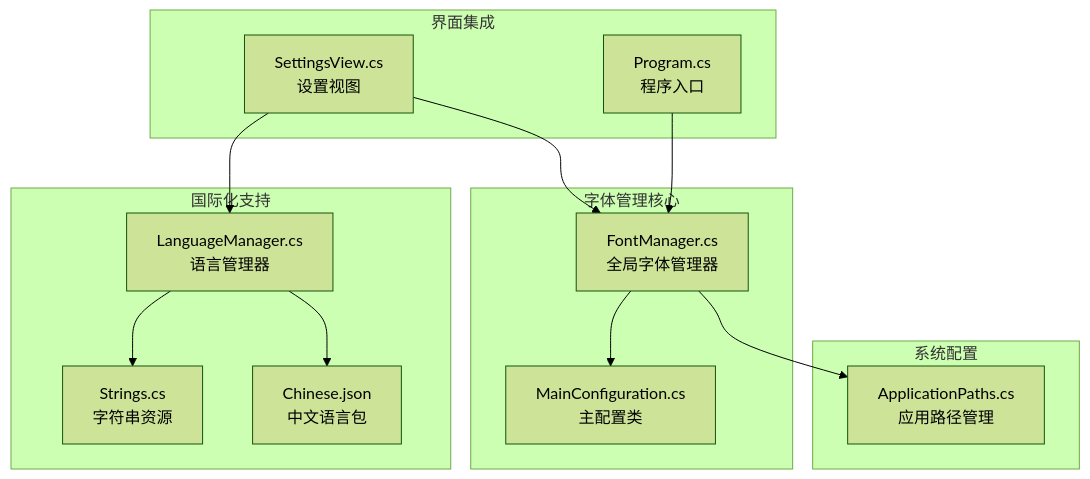
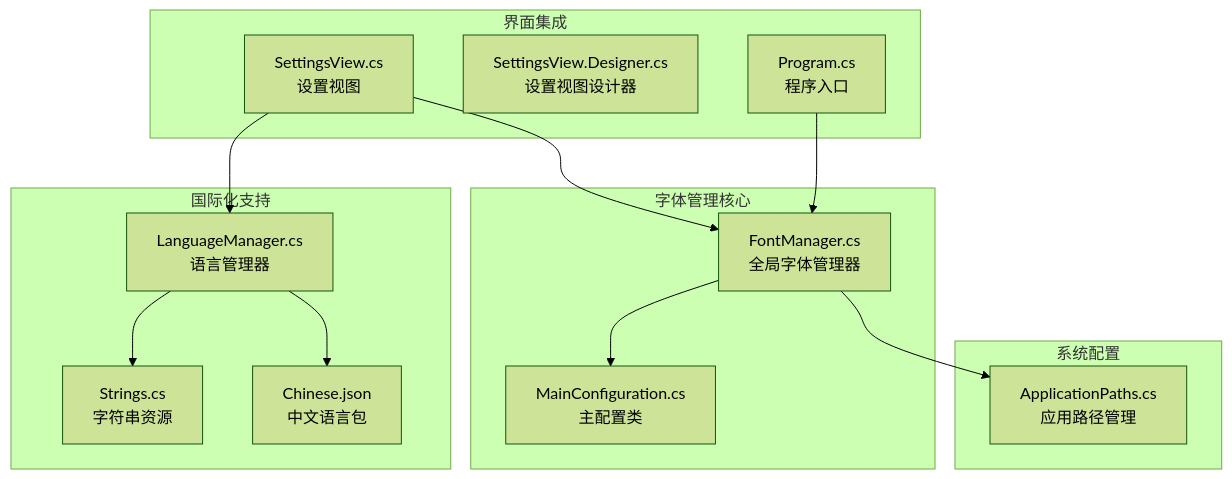
Before and after one commit to tea4go/Macro-Deck: the first of 8 diagrams in .qoder/repowiki/zh/content/工具类库/字体管理系统.md, drawn with Mermaid (forest theme). The commit also changed other lines of this file and 3 other files, not shown here.

````diff
--- a/.qoder/repowiki/zh/content/工具类库/字体管理系统.md
+++ b/.qoder/repowiki/zh/content/工具类库/字体管理系统.md
@@ -46,26 +46,27 @@
 ```mermaid
 graph TB
 subgraph "字体管理核心"
 FM[FontManager.cs<br/>全局字体管理器]
 MC[MainConfiguration.cs<br/>主配置类]
 end
 subgraph "界面集成"
 SV[SettingsView.cs<br/>设置视图]
+SD[SettingsView.Designer.cs<br/>设置视图设计器]
 PR[Program.cs<br/>程序入口]
 end
 subgraph "国际化支持"
 LM[LanguageManager.cs<br/>语言管理器]
 STR[Strings.cs<br/>字符串资源]
 CJ[Chinese.json<br/>中文语言包]
 end
 subgraph "系统配置"
 AP[ApplicationPaths.cs<br/>应用路径管理]
 end
 FM --> MC
 SV --> FM
 PR --> FM
 LM --> STR
 LM --> CJ
 SV --> LM
 FM --> AP
 ```
````
